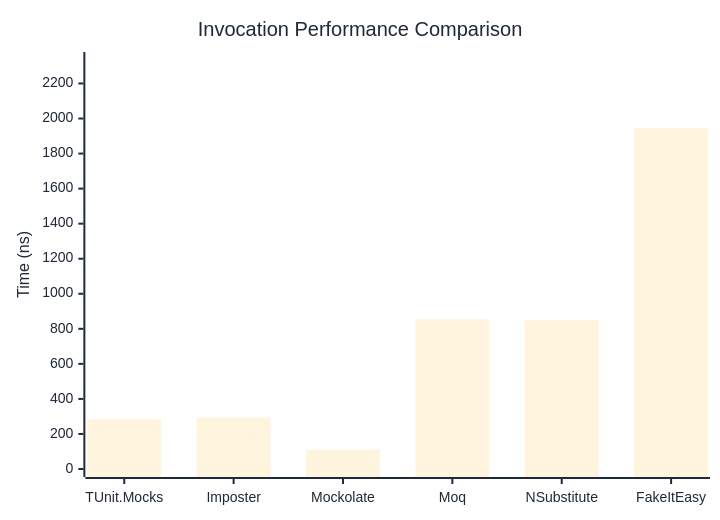
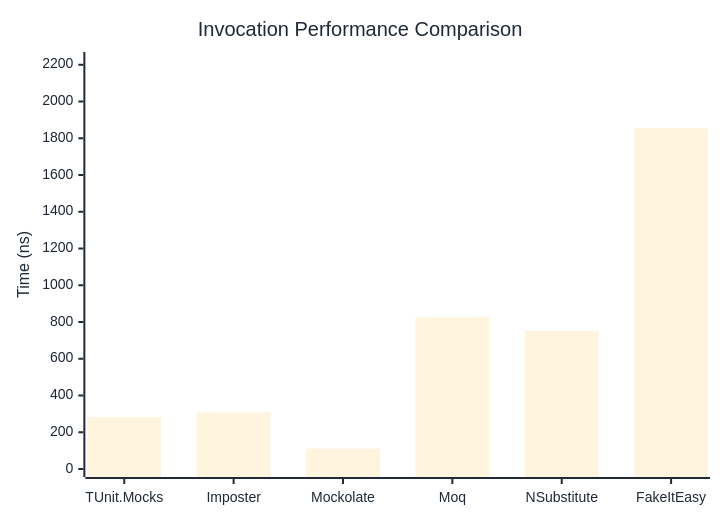
One commit to thomhurst/TUnit changed the first of 3 diagrams in docs/docs/benchmarks/mocks/Invocation.md. Above: the diagram before and after it, drawn with Mermaid. The commit also changed other lines of this file and 14 other files, not shown here.

````diff
--- a/docs/docs/benchmarks/mocks/Invocation.md
+++ b/docs/docs/benchmarks/mocks/Invocation.md
@@ -30,27 +30,27 @@
 ```mermaid
 %%{init: {
   'theme':'base',
   'themeVariables': {
     'primaryColor': '#2563eb',
     'primaryTextColor': '#1f2937',
     'primaryBorderColor': '#1e40af',
     'lineColor': '#6b7280',
     'secondaryColor': '#7c3aed',
     'tertiaryColor': '#dc2626',
     'background': '#ffffff',
     'pie1': '#2563eb',
     'pie2': '#7c3aed',
     'pie3': '#dc2626',
     'pie4': '#f59e0b',
     'pie5': '#10b981',
     'pie6': '#06b6d4',
     'pie7': '#ec4899',
     'pie8': '#6366f1'
   }
 }}%%
 xychart-beta
   title "Invocation Performance Comparison"
   x-axis ["TUnit.Mocks", "Imposter", "Mockolate", "Moq", "NSubstitute", "FakeItEasy"]
-  y-axis "Time (ns)" 0 --> 2334
-  bar [282.1, 293.5, 110.4, 854.5, 849.5, 1945]
+  y-axis "Time (ns)" 0 --> 2226
+  bar [281.83, 307.95, 111.46, 825.03, 752.19, 1854.86]
 ```
````
